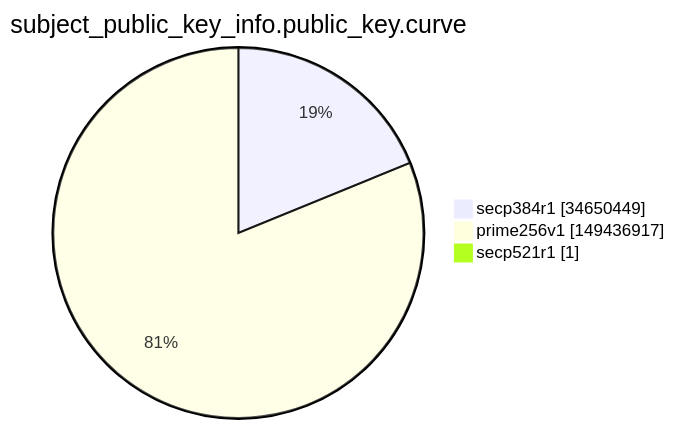
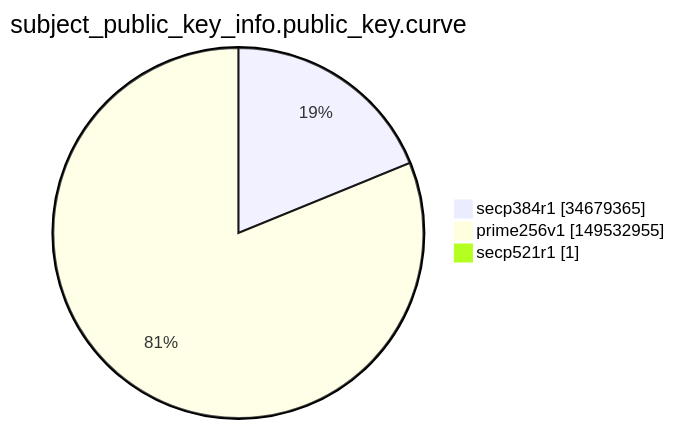
Before and after one commit to christiankrug/ctmonitor_visualization: the ninth of 15 diagrams in argon2022/README.md, drawn with Mermaid. The commit also changed other lines of this file, not shown here.

````diff
--- a/argon2022/README.md
+++ b/argon2022/README.md
@@ -2764,7 +2764,7 @@
 ```mermaid
 pie showData
 title subject_public_key_info.public_key.curve
-"secp384r1" :34650449
-"prime256v1" :149436917
+"secp384r1" :34679365
+"prime256v1" :149532955
 "secp521r1" :1
 ```
````
